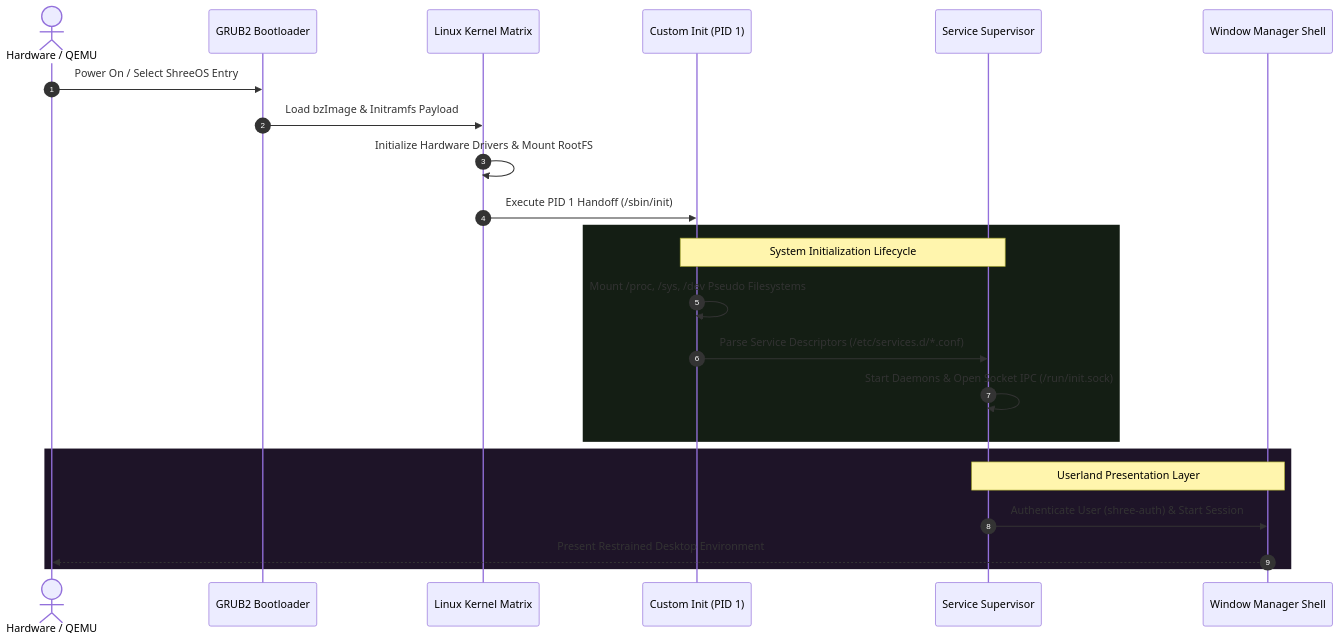
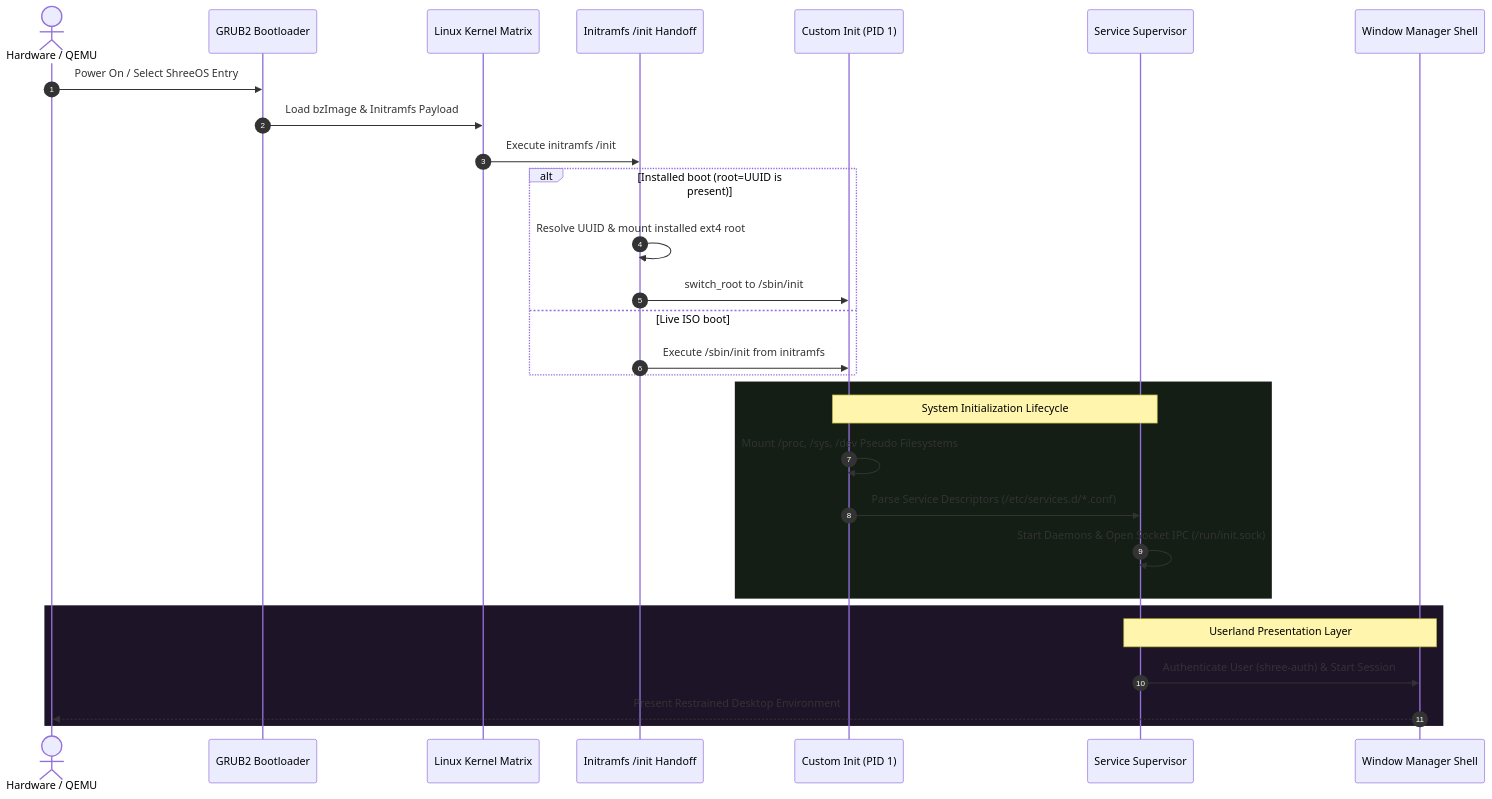
Before and after one commit to shreeharsh-patil/ShreeOS: the second of 2 diagrams in README.md, drawn with Mermaid. The commit also changed other lines of this file, not shown here.

Commit message:
docs(readme): explain installed-root boot handoff

````diff
--- a/README.md
+++ b/README.md
@@ -82,28 +82,34 @@
 ```mermaid
 sequenceDiagram
     autonumber
     actor User as Hardware / QEMU
     participant Boot as GRUB2 Bootloader
     participant Kernel as Linux Kernel Matrix
+    participant EarlyInit as Initramfs /init Handoff
     participant Init as Custom Init (PID 1)
     participant Service as Service Supervisor
     participant Desktop as Window Manager Shell
 
     User->>Boot: Power On / Select ShreeOS Entry
     Boot->>Kernel: Load bzImage & Initramfs Payload
-    Kernel->>Kernel: Initialize Hardware Drivers & Mount RootFS
-    Kernel->>Init: Execute PID 1 Handoff (/sbin/init)
+    Kernel->>EarlyInit: Execute initramfs /init
+    alt Installed boot (root=UUID is present)
+        EarlyInit->>EarlyInit: Resolve UUID & mount installed ext4 root
+        EarlyInit->>Init: switch_root to /sbin/init
+    else Live ISO boot
+        EarlyInit->>Init: Execute /sbin/init from initramfs
+    end
     
     rect rgb(20, 30, 20)
         note over Init,Service: System Initialization Lifecycle
         Init->>Init: Mount /proc, /sys, /dev Pseudo Filesystems
         Init->>Service: Parse Service Descriptors (/etc/services.d/*.conf)
         Service->>Service: Start Daemons & Open Socket IPC (/run/init.sock)
     end
 
     rect rgb(30, 20, 40)
         note over Service,Desktop: Userland Presentation Layer
         Service->>Desktop: Authenticate User (shree-auth) & Start Session
         Desktop-->>User: Present Restrained Desktop Environment
     end
 ```
````
